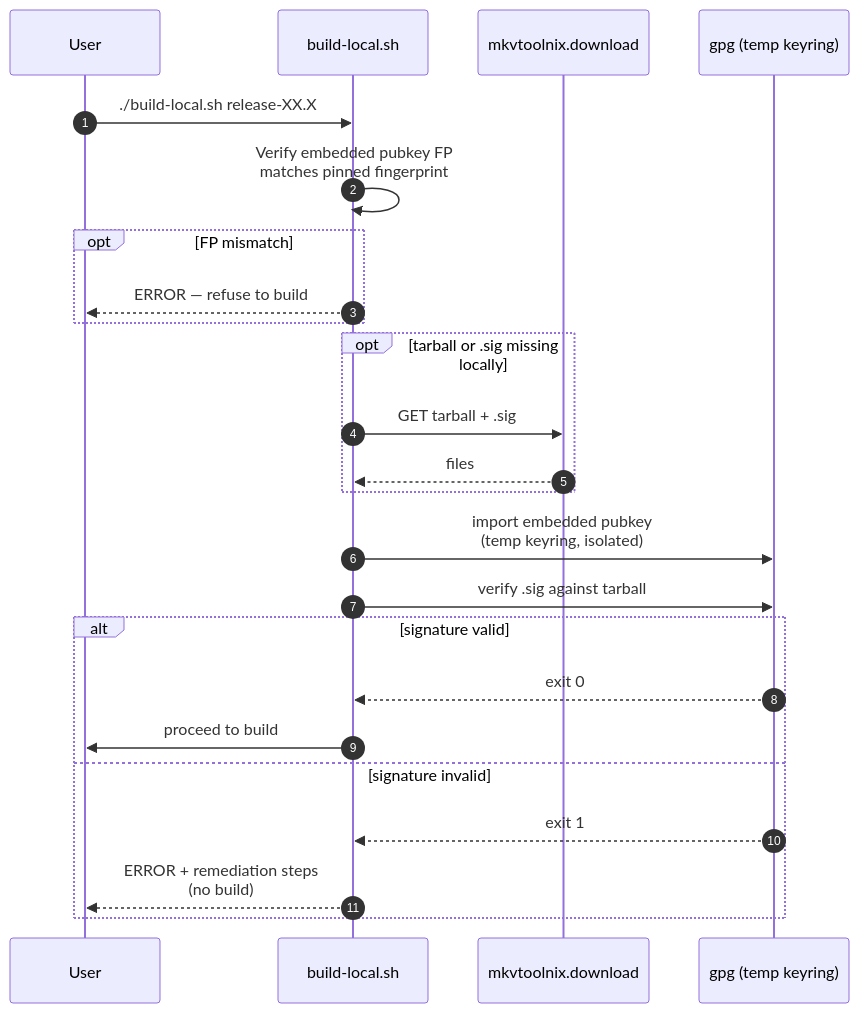
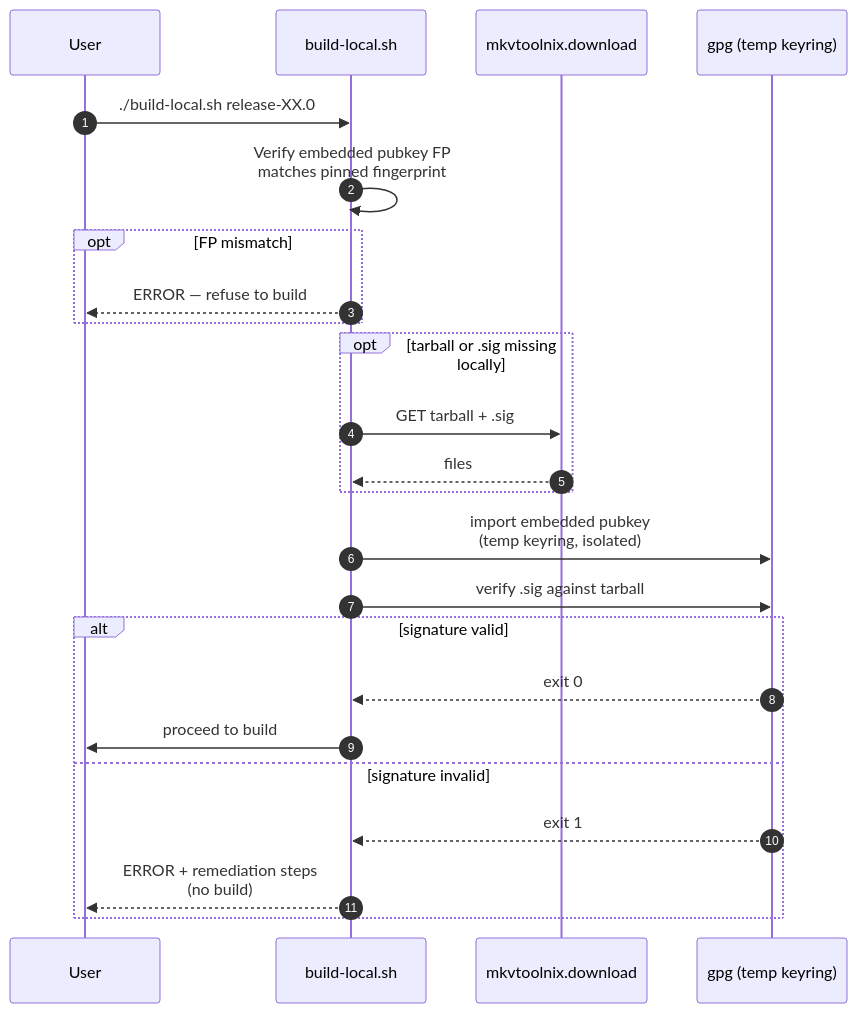
One commit to CorticalCode/mkvtoolnix-gui-macos changed the third of 6 diagrams in docs/tarball-verification.md. Above: the diagram before and after it, drawn with Mermaid. The commit also changed other lines of this file and 7 other files, not shown here.

First line of the commit message:
docs: use release-XX.0 placeholder; build-local errors on missing tag

````diff
--- a/docs/tarball-verification.md
+++ b/docs/tarball-verification.md
@@ -105,31 +105,31 @@
 ```mermaid
 sequenceDiagram
     autonumber
     participant U as User
     participant W as build-local.sh
     participant UP as mkvtoolnix.download
     participant G as gpg (temp keyring)
 
-    U->>W: ./build-local.sh release-XX.X
+    U->>W: ./build-local.sh release-XX.0
     W->>W: Verify embedded pubkey FP<br/>matches pinned fingerprint
 
     opt FP mismatch
         W-->>U: ERROR — refuse to build
     end
 
     opt tarball or .sig missing locally
         W->>UP: GET tarball + .sig
         UP-->>W: files
     end
 
     W->>G: import embedded pubkey<br/>(temp keyring, isolated)
     W->>G: verify .sig against tarball
 
     alt signature valid
         G-->>W: exit 0
         W->>U: proceed to build
     else signature invalid
         G-->>W: exit 1
         W-->>U: ERROR + remediation steps<br/>(no build)
     end
 ```
````
